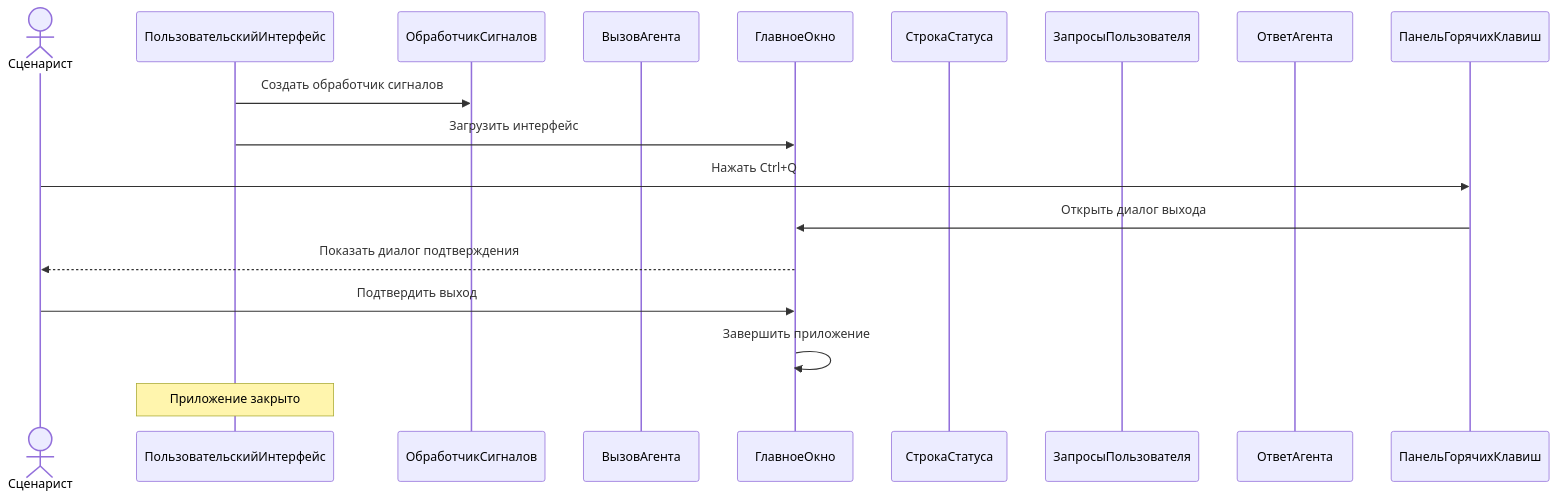
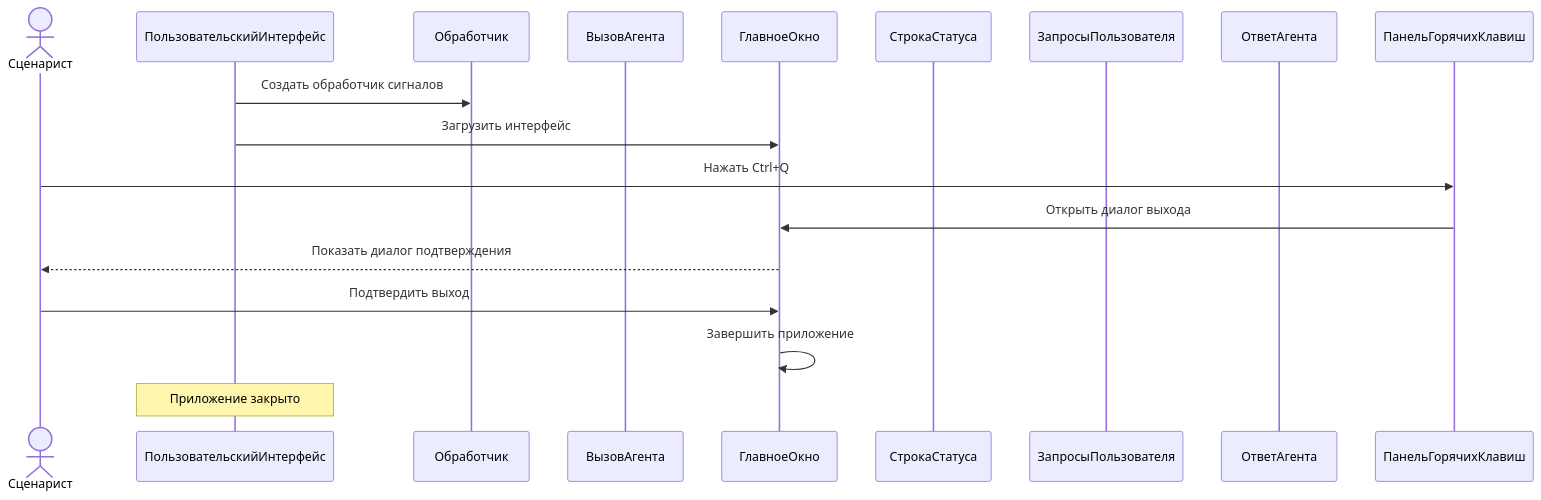
The third of 3 diagrams in Пакет Интерфейс пользователя/2. Диаграмма последовательностей взаимодействия объектов классов пакета.md (CHSU-scenarAIst/diagrammy), drawn with Mermaid before and after one commit. The commit also changed other lines of this file and 13 other files, not shown here.

````diff
--- a/Пакет Интерфейс пользователя/2. Диаграмма последовательностей взаимодействия объектов классов пакета.md
+++ b/Пакет Интерфейс пользователя/2. Диаграмма последовательностей взаимодействия объектов классов пакета.md
@@ -85,21 +84,21 @@
 ```mermaid
 sequenceDiagram
     actor Сценарист
     participant ПользовательскийИнтерфейс
-    participant ОбработчикСигналов
+    participant Обработчик
     participant ВызовАгента
     participant ГлавноеОкно
     participant СтрокаСтатуса
     participant ЗапросыПользователя
     participant ОтветАгента
     participant ПанельГорячихКлавиш
 
-    ПользовательскийИнтерфейс->>ОбработчикСигналов: Создать обработчик сигналов
+    ПользовательскийИнтерфейс->>Обработчик: Создать обработчик сигналов
     ПользовательскийИнтерфейс->>ГлавноеОкно: Загрузить интерфейс
     Сценарист->>ПанельГорячихКлавиш: Нажать Ctrl+Q
     ПанельГорячихКлавиш->>ГлавноеОкно: Открыть диалог выхода
     ГлавноеОкно-->>Сценарист: Показать диалог подтверждения
     Сценарист->>ГлавноеОкно: Подтвердить выход
     ГлавноеОкно->>ГлавноеОкно: Завершить приложение
     Note over ПользовательскийИнтерфейс: Приложение закрыто
 ```
````
